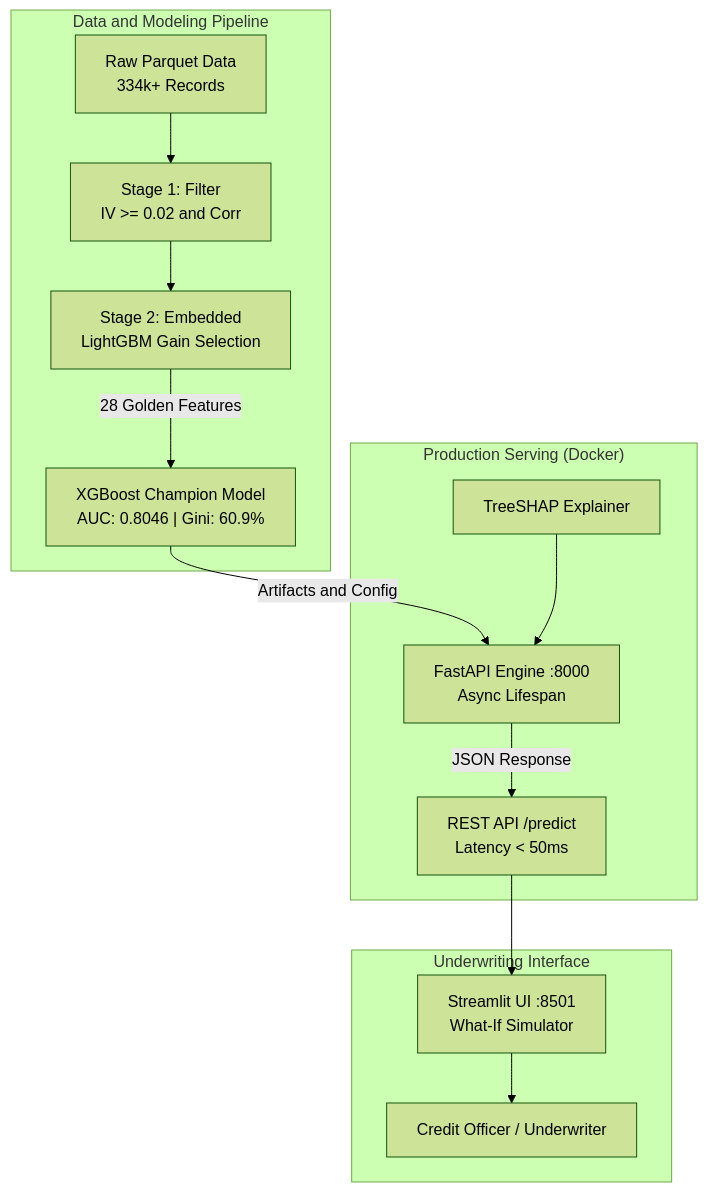
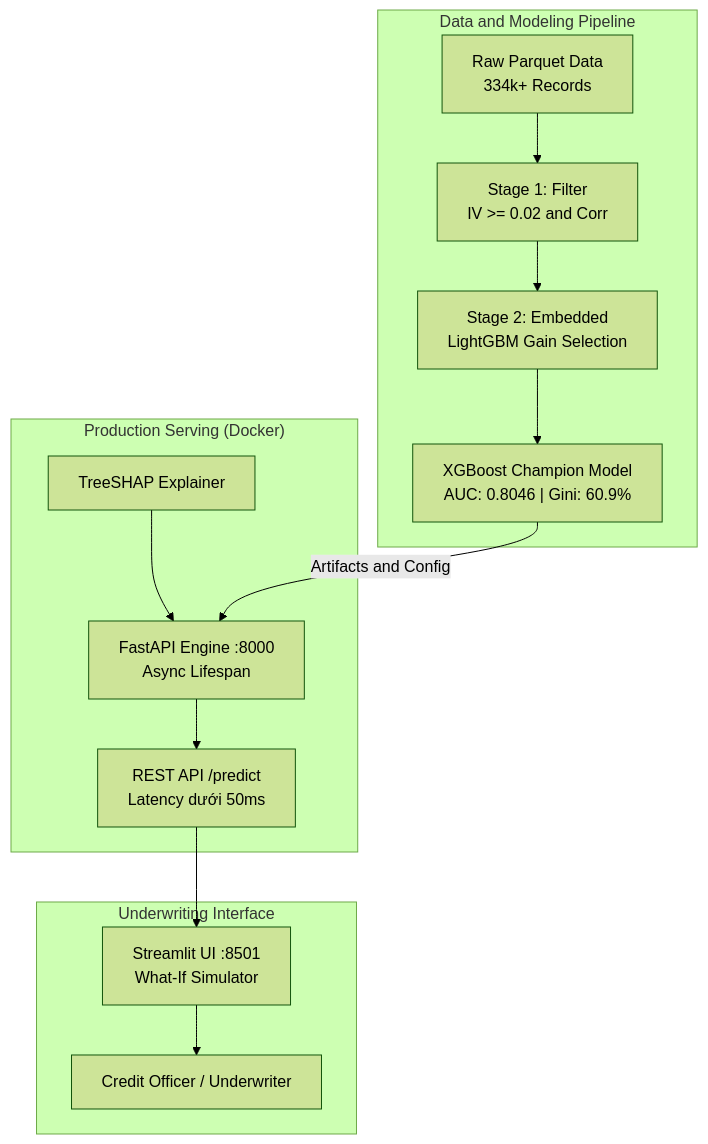
One commit to VUCONGHIEP35/explainable-credit-scoring changed the first of 2 diagrams in README.md. Above: the diagram before and after it, drawn with Mermaid (forest theme).

Commit message:
fix: optimize mermaid cross-subgraph connections in README

````diff
--- a/README.md
+++ b/README.md
@@ -45,19 +45,22 @@
 ```mermaid
 flowchart TD
     subgraph Data_Pipeline["Data and Modeling Pipeline"]
         A["Raw Parquet Data<br/>334k+ Records"] --> B["Stage 1: Filter<br/>IV >= 0.02 and Corr"]
         B --> C["Stage 2: Embedded<br/>LightGBM Gain Selection"]
-        C -->|28 Golden Features| D["XGBoost Champion Model<br/>AUC: 0.8046 | Gini: 60.9%"]
+        C --> D["XGBoost Champion Model<br/>AUC: 0.8046 | Gini: 60.9%"]
     end
 
     subgraph Production_Serving["Production Serving (Docker)"]
-        D -->|Artifacts and Config| E["FastAPI Engine :8000<br/>Async Lifespan"]
+        E["FastAPI Engine :8000<br/>Async Lifespan"]
         F["TreeSHAP Explainer"] --> E
-        E -->|JSON Response| G["REST API /predict<br/>Latency &lt; 50ms"]
+        E --> G["REST API /predict<br/>Latency dưới 50ms"]
     end
 
     subgraph Client_App["Underwriting Interface"]
-        G --> H["Streamlit UI :8501<br/>What-If Simulator"]
+        H["Streamlit UI :8501<br/>What-If Simulator"]
         H --> I["Credit Officer / Underwriter"]
     end
+
+    D -->|Artifacts and Config| E
+    G --> H
 ```
````
